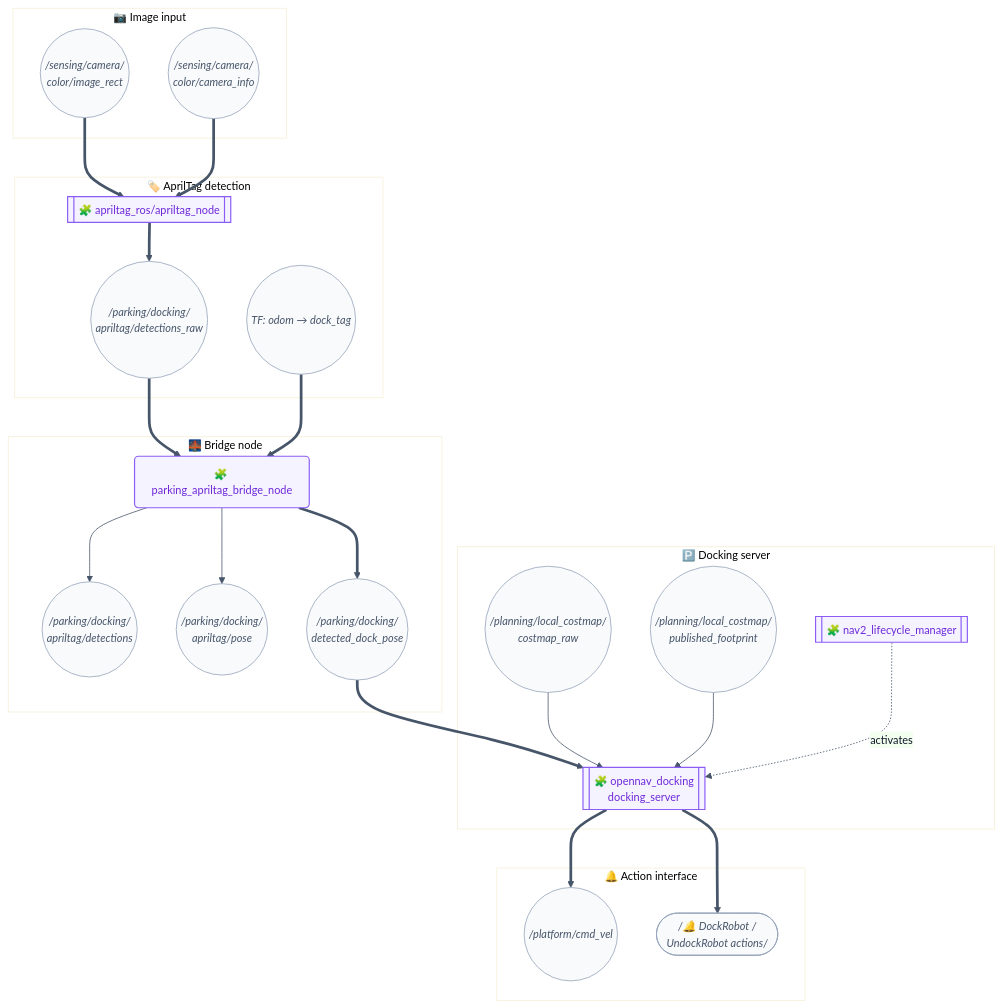
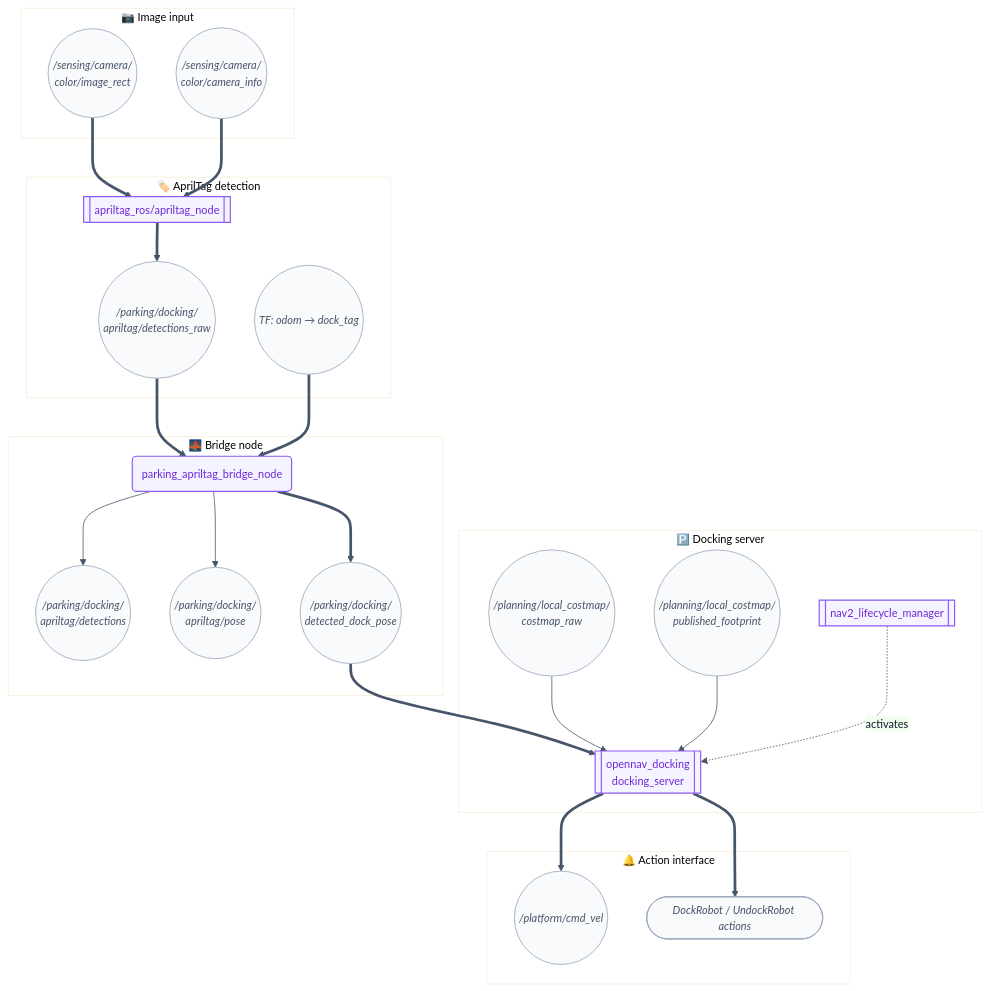
One commit to hwanhonglee/CAMROD changed the second of 4 diagrams in camrod_parking/README.md. Above: the diagram before and after it, drawn with Mermaid. The commit also changed other lines of this file and 11 other files, not shown here.

First line of the commit message:
docs: fix Mermaid syntax errors and reduce emoji overuse in all READMEs

````diff
--- a/camrod_parking/README.md
+++ b/camrod_parking/README.md
@@ -70,58 +70,58 @@
 ```mermaid
 %%{init: {'theme': 'base', 'themeVariables': {'fontFamily': 'ui-sans-serif, system-ui, sans-serif', 'fontSize': '14px', 'primaryColor': '#EEF2FF', 'primaryTextColor': '#0F172A', 'primaryBorderColor': '#6366F1', 'lineColor': '#475569'}, 'flowchart': {'curve': 'basis', 'htmlLabels': true, 'padding': 12}}}%%
 graph TD
   subgraph IMG_GRP["📷 Image input"]
     IMG(("/sensing/camera/\ncolor/image_rect"))
     CAMINFO(("/sensing/camera/\ncolor/camera_info"))
   end
 
   subgraph TAG_GRP["🏷️ AprilTag detection"]
-    TAG[[🧩 apriltag_ros/apriltag_node]]
+    TAG[[apriltag_ros/apriltag_node]]
     RAW(("/parking/docking/\napriltag/detections_raw"))
     TF(("TF: odom → dock_tag"))
   end
 
   subgraph BRIDGE_GRP["🌉 Bridge node"]
-    BRIDGE(🧩 parking_apriltag_bridge_node)
+    BRIDGE(parking_apriltag_bridge_node)
     DET(("/parking/docking/\napriltag/detections"))
     AVGPOSE(("/parking/docking/\napriltag/pose"))
     DOCKPOSE(("/parking/docking/\ndetected_dock_pose"))
   end
 
   subgraph SVR_GRP["🅿️ Docking server"]
-    DOCKSVR[[🧩 opennav_docking\ndocking_server]]
+    DOCKSVR[[opennav_docking\ndocking_server]]
     COSTMAP(("/planning/local_costmap/\ncostmap_raw"))
     FOOTPRINT(("/planning/local_costmap/\npublished_footprint"))
-    LMAN[[🧩 nav2_lifecycle_manager]]
+    LMAN[[nav2_lifecycle_manager]]
   end
 
   subgraph ACT_GRP["🔔 Action interface"]
     CMDVEL(("/platform/cmd_vel"))
-    ACT(["/🔔 DockRobot /\nUndockRobot actions/"])
+    ACT([DockRobot / UndockRobot actions])
   end
 
   IMG ==> TAG
   CAMINFO ==> TAG
   TAG ==> RAW
   RAW ==> BRIDGE
   TF ==> BRIDGE
   BRIDGE --> DET
   BRIDGE --> AVGPOSE
   BRIDGE ==> DOCKPOSE
   DOCKPOSE ==> DOCKSVR
   COSTMAP --> DOCKSVR
   FOOTPRINT --> DOCKSVR
   LMAN -.->|activates| DOCKSVR
   DOCKSVR ==> CMDVEL
   DOCKSVR ==> ACT
 
   classDef sensing      fill:#ECFEFF,stroke:#06B6D4,stroke-width:1.5px,color:#0E7490;
   classDef parking      fill:#F5F3FF,stroke:#8B5CF6,stroke-width:1.5px,color:#6D28D9;
   classDef planning     fill:#EEF2FF,stroke:#6366F1,stroke-width:1.5px,color:#4338CA;
   classDef platform     fill:#FEE2E2,stroke:#EF4444,stroke-width:1.5px,color:#B91C1C;
   classDef topic        fill:#F8FAFC,stroke:#94A3B8,stroke-width:1px,color:#475569,font-style:italic;
   classDef highlight    fill:#FEF9C3,stroke:#CA8A04,stroke-width:2.5px,color:#713F12;
 
   class TAG,BRIDGE,DOCKSVR,LMAN parking
   class IMG,CAMINFO,RAW,TF,DET,AVGPOSE,DOCKPOSE,COSTMAP,FOOTPRINT,CMDVEL,ACT topic
 ```
````
